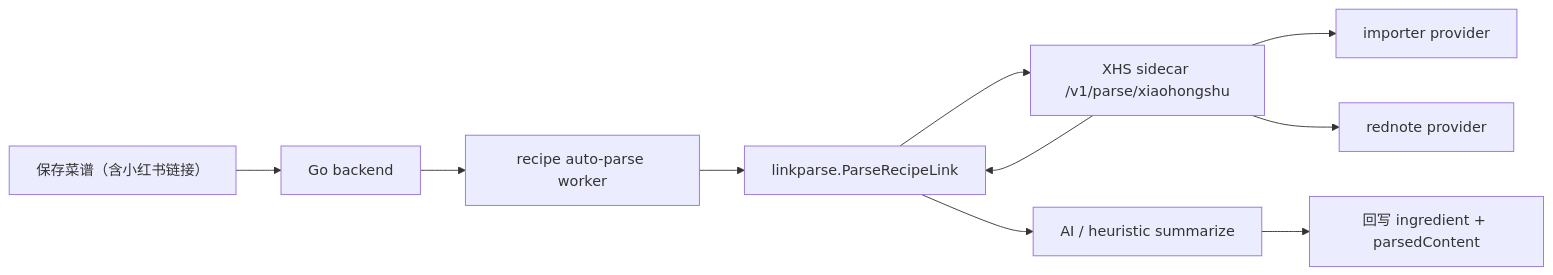
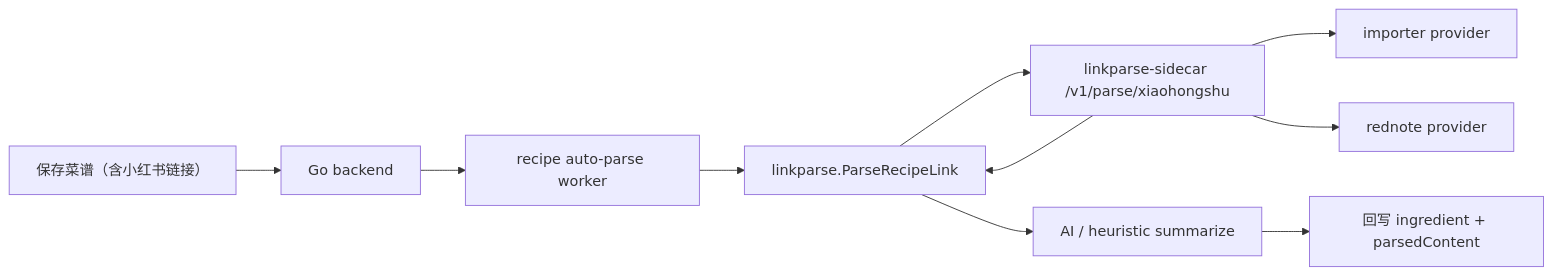
Before and after one commit to cqh6666/caipu-miniapp: the diagram in backend/docs/xiaohongshu-integration-guide.md, drawn with Mermaid. The commit also changed other lines of this file and 30 other files, not shown here.

````diff
--- a/backend/docs/xiaohongshu-integration-guide.md
+++ b/backend/docs/xiaohongshu-integration-guide.md
@@ -72,12 +72,12 @@
 ```mermaid
 flowchart LR
   A["保存菜谱（含小红书链接）"] --> B["Go backend"]
   B --> C["recipe auto-parse worker"]
   C --> D["linkparse.ParseRecipeLink"]
-  D --> E["XHS sidecar /v1/parse/xiaohongshu"]
+  D --> E["linkparse-sidecar /v1/parse/xiaohongshu"]
   E --> F["importer provider"]
   E --> G["rednote provider"]
   E --> D
   D --> H["AI / heuristic summarize"]
   H --> I["回写 ingredient + parsedContent"]
 ```
````
